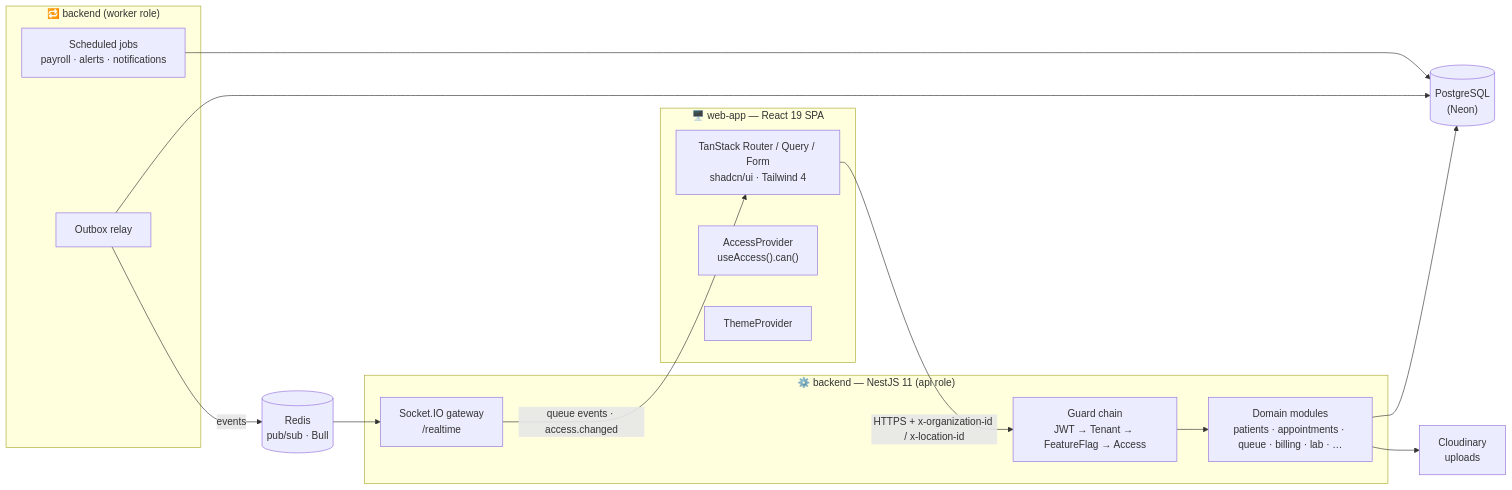
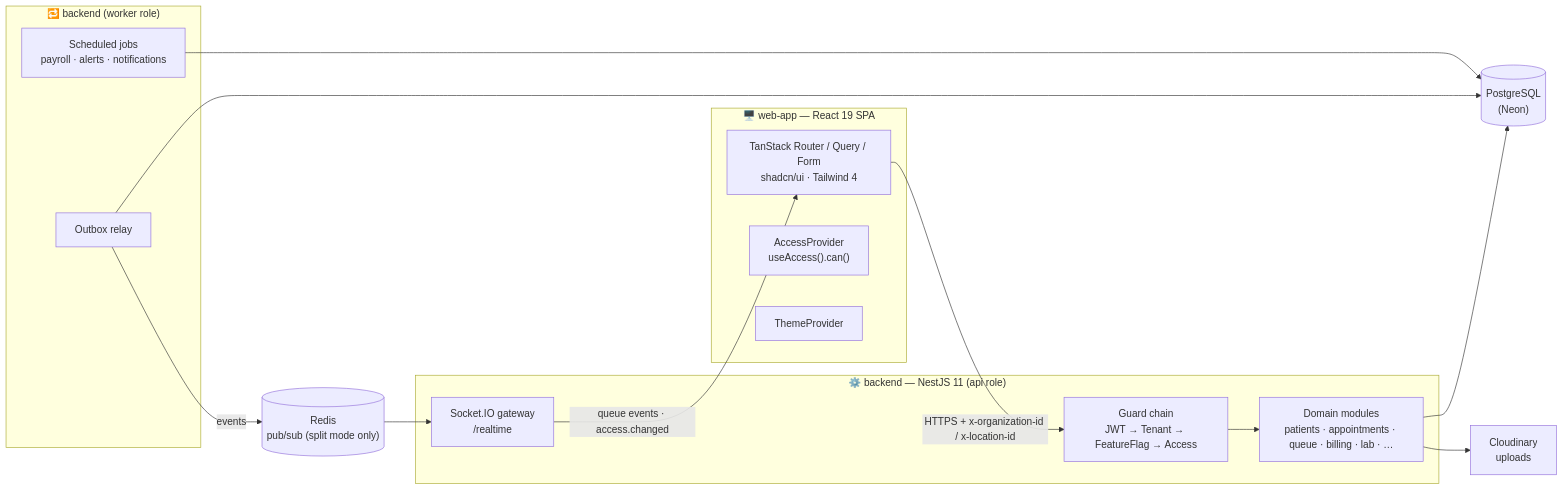
Before and after one commit to moinuddin2004/cms: the first of 2 diagrams in README.md, drawn with Mermaid. The commit also changed other lines of this file and 17 other files, not shown here.

````diff
--- a/README.md
+++ b/README.md
@@ -161,33 +161,33 @@
 ```mermaid
 flowchart LR
     subgraph Client["🖥️ web-app — React 19 SPA"]
         UI["TanStack Router / Query / Form<br/>shadcn/ui · Tailwind 4"]
         ACC["AccessProvider<br/>useAccess().can()"]
         THEME["ThemeProvider"]
     end
 
     subgraph API["⚙️ backend — NestJS 11 (api role)"]
         GUARDS["Guard chain<br/>JWT → Tenant → FeatureFlag → Access"]
         MODS["Domain modules<br/>patients · appointments · queue · billing · lab · …"]
         GW["Socket.IO gateway<br/>/realtime"]
     end
 
     subgraph Worker["🔁 backend (worker role)"]
         RELAY["Outbox relay"]
         CRON["Scheduled jobs<br/>payroll · alerts · notifications"]
     end
 
     DB[("PostgreSQL<br/>(Neon)")]
-    REDIS[("Redis<br/>pub/sub · Bull")]
+    REDIS[("Redis<br/>pub/sub (split mode only)")]
     CLOUD["Cloudinary<br/>uploads"]
 
     UI -- "HTTPS + x-organization-id / x-location-id" --> GUARDS
     GUARDS --> MODS
     MODS --> DB
     MODS --> CLOUD
     RELAY --> DB
     RELAY -- events --> REDIS
     REDIS --> GW
     GW -- "queue events · access.changed" --> UI
     CRON --> DB
 ```
````
